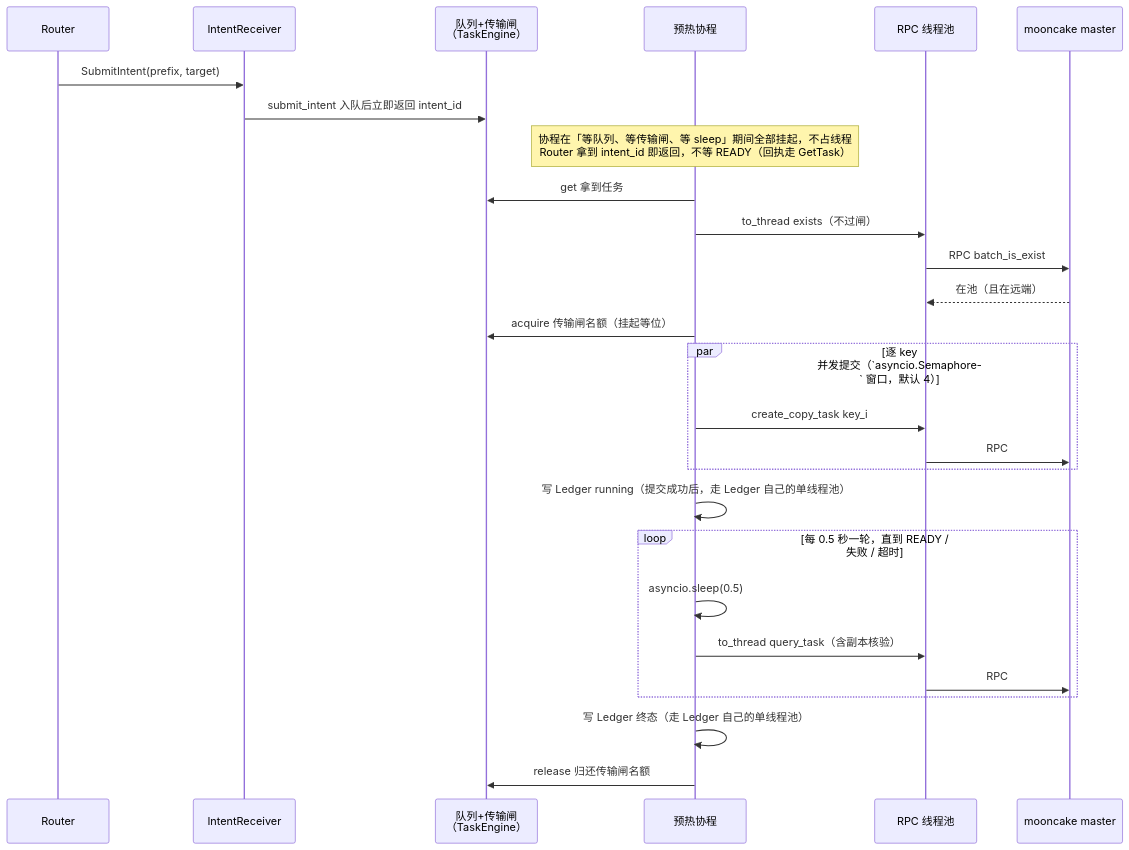
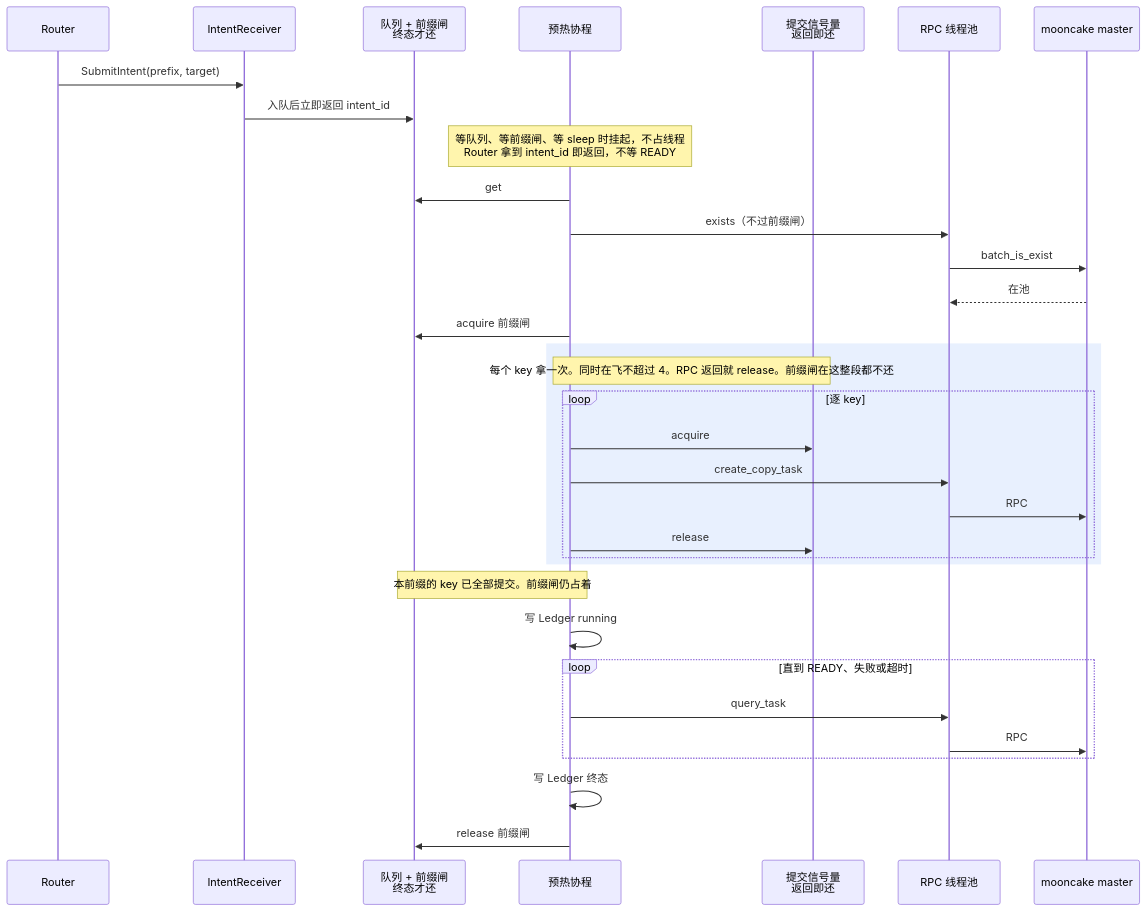
The seventh of 7 diagrams in kvcm/design/code-architecture.md (5x8-40/lake), drawn with Mermaid before and after one commit. The commit also changed other lines of this file, not shown here.

Commit message:
docs(kvcm): 时序图和总览图补上两把闸的分工
前缀闸占到终态才还，提交信号量在 create_copy_task 返回时就还。
图上原先只画了前缀闸，读者会看成只有一把。

````diff
--- a/kvcm/design/code-architecture.md
+++ b/kvcm/design/code-architecture.md
@@ -441,30 +441,36 @@
 ```mermaid
 sequenceDiagram
     participant R as Router
     participant Recv as IntentReceiver
-    participant Q as 队列+传输闸<br/>（TaskEngine）
+    participant Q as 队列 + 前缀闸<br/>终态才还
     participant W as 预热协程
+    participant S as 提交信号量<br/>返回即还
     participant Ex as RPC 线程池
     participant M as mooncake master
 
     R->>Recv: SubmitIntent(prefix, target)
-    Recv->>Q: submit_intent 入队后立即返回 intent_id
-    Note over W: 协程在「等队列、等传输闸、等 sleep」期间全部挂起，不占线程<br/>Router 拿到 intent_id 即返回，不等 READY（回执走 GetTask）
-    W->>Q: get 拿到任务
-    W->>Ex: to_thread exists（不过闸）
-    Ex->>M: RPC batch_is_exist
-    M-->>Ex: 在池（且在远端）
-    W->>Q: acquire 传输闸名额（挂起等位）
-    par 逐 key 并发提交（`asyncio.Semaphore` 窗口，默认 4）
-        W->>Ex: create_copy_task key_i
+    Recv->>Q: 入队后立即返回 intent_id
+    Note over W: 等队列、等前缀闸、等 sleep 时挂起，不占线程<br/>Router 拿到 intent_id 即返回，不等 READY
+    W->>Q: get
+    W->>Ex: exists（不过前缀闸）
+    Ex->>M: batch_is_exist
+    M-->>Ex: 在池
+    W->>Q: acquire 前缀闸
+    rect rgb(232, 240, 254)
+        Note over W,S: 每个 key 拿一次。同时在飞不超过 4。RPC 返回就 release。前缀闸在这整段都不还
+        loop 逐 key
+            W->>S: acquire
+            W->>Ex: create_copy_task
+            Ex->>M: RPC
+            W->>S: release
+        end
+    end
+    Note over W,Q: 本前缀的 key 已全部提交。前缀闸仍占着
+    W->>W: 写 Ledger running
+    loop 直到 READY、失败或超时
+        W->>Ex: query_task
         Ex->>M: RPC
     end
-    W->>W: 写 Ledger running（提交成功后，走 Ledger 自己的单线程池）
-    loop 每 0.5 秒一轮，直到 READY / 失败 / 超时
-        W->>W: asyncio.sleep(0.5)
-        W->>Ex: to_thread query_task（含副本核验）
-        Ex->>M: RPC
-    end
-    W->>W: 写 Ledger 终态（走 Ledger 自己的单线程池）
-    W->>Q: release 归还传输闸名额
+    W->>W: 写 Ledger 终态
+    W->>Q: release 前缀闸
 ```
````
